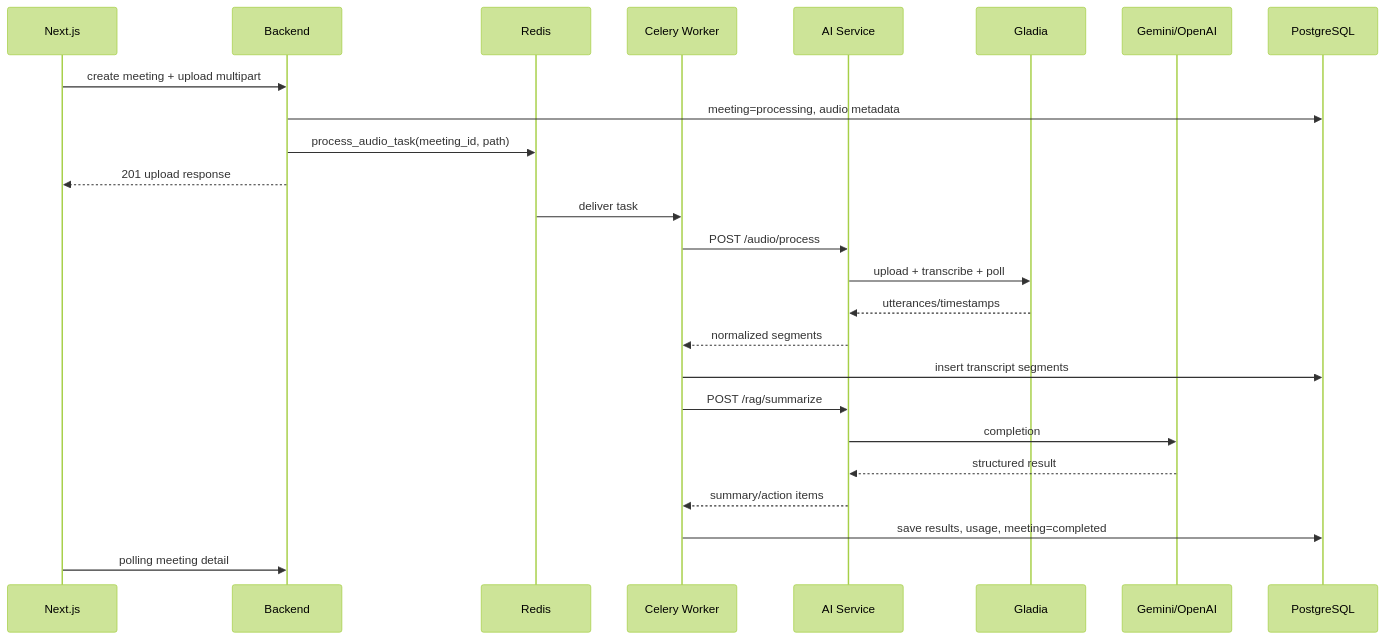
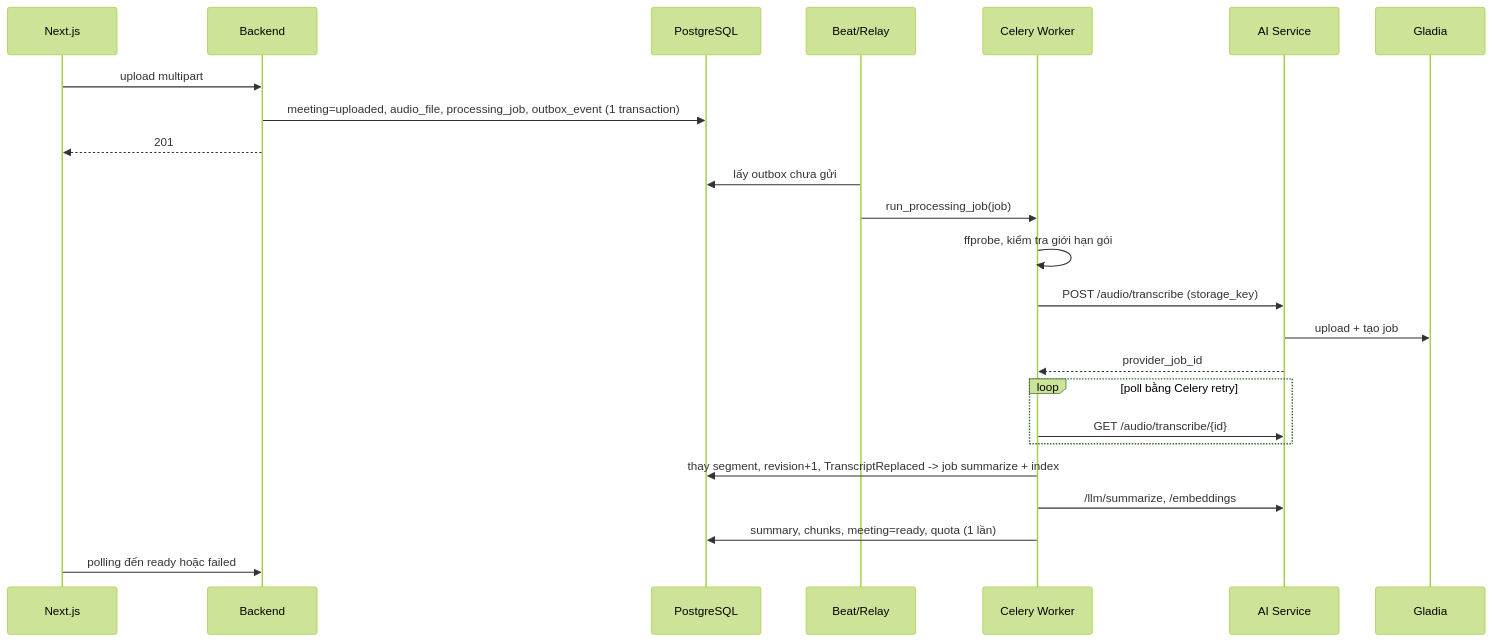
Before and after one commit to plxgplxgplxg/meeting-voice-assistant: the fourth of 5 diagrams in docs/03-architecture/system-architecture.md, drawn with Mermaid (forest theme). The commit also changed other lines of this file and 234 other files, not shown here.

````diff
--- a/docs/03-architecture/system-architecture.md
+++ b/docs/03-architecture/system-architecture.md
@@ -95,28 +144,27 @@
 ```mermaid
 sequenceDiagram
     participant UI as Next.js
     participant API as Backend
-    participant R as Redis
+    participant DB as PostgreSQL
+    participant B as Beat/Relay
     participant W as Celery Worker
     participant AI as AI Service
     participant G as Gladia
-    participant L as Gemini/OpenAI
-    participant DB as PostgreSQL
 
-    UI->>API: create meeting + upload multipart
-    API->>DB: meeting=processing, audio metadata
-    API->>R: process_audio_task(meeting_id, path)
-    API-->>UI: 201 upload response
-    R->>W: deliver task
-    W->>AI: POST /audio/process
-    AI->>G: upload + transcribe + poll
-    G-->>AI: utterances/timestamps
-    AI-->>W: normalized segments
-    W->>DB: insert transcript segments
-    W->>AI: POST /rag/summarize
-    AI->>L: completion
-    L-->>AI: structured result
-    AI-->>W: summary/action items
-    W->>DB: save results, usage, meeting=completed
-    UI->>API: polling meeting detail
+    UI->>API: upload multipart
+    API->>DB: meeting=uploaded, audio_file, processing_job, outbox_event (1 transaction)
+    API-->>UI: 201
+    B->>DB: lấy outbox chưa gửi
+    B->>W: run_processing_job(job)
+    W->>W: ffprobe, kiểm tra giới hạn gói
+    W->>AI: POST /audio/transcribe (storage_key)
+    AI->>G: upload + tạo job
+    AI-->>W: provider_job_id
+    loop poll bằng Celery retry
+        W->>AI: GET /audio/transcribe/{id}
+    end
+    W->>DB: thay segment, revision+1, TranscriptReplaced -> job summarize + index
+    W->>AI: /llm/summarize, /embeddings
+    W->>DB: summary, chunks, meeting=ready, quota (1 lần)
+    UI->>API: polling đến ready hoặc failed
 ```
````
